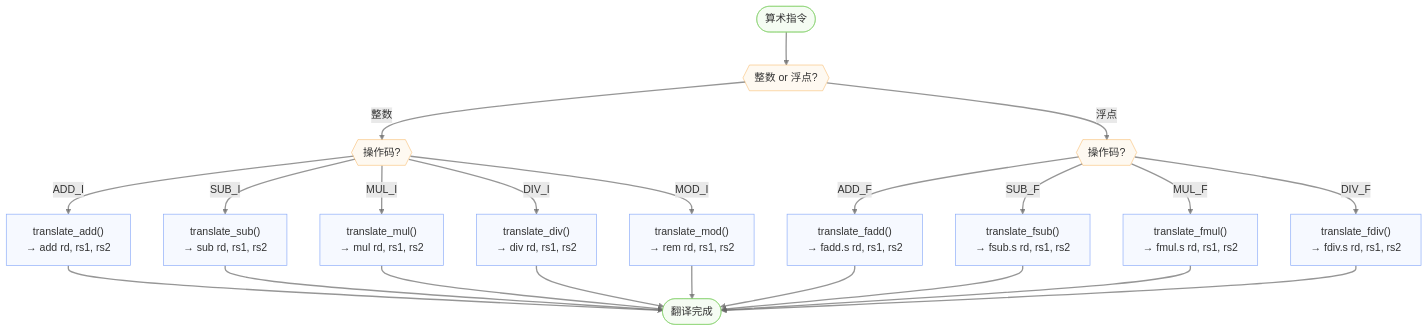
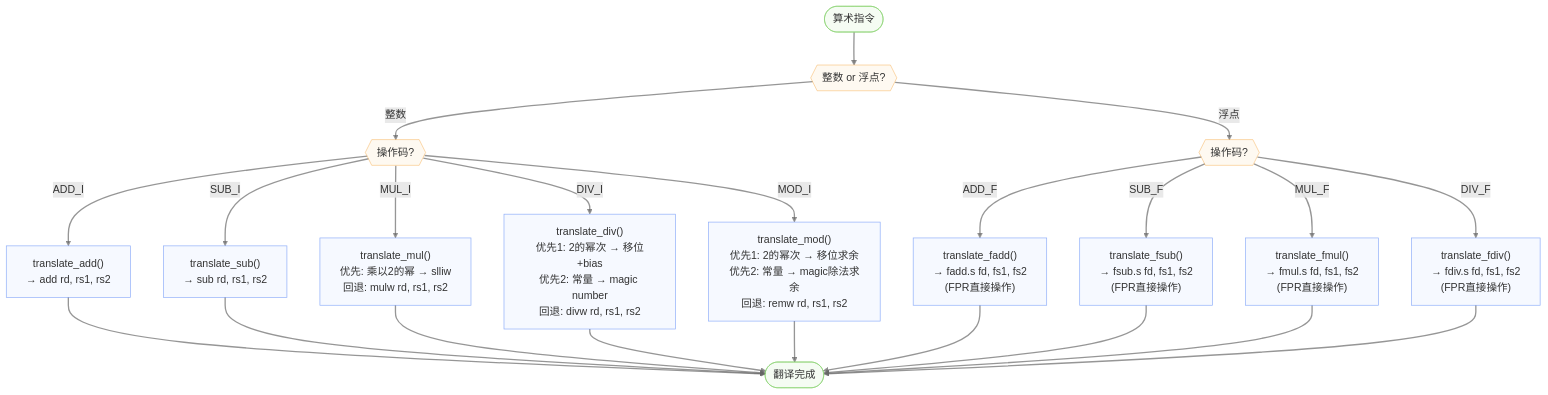
Before and after one commit to LLLLLLLLazy/compiler-lite: the fourth of 10 diagrams in docs/backend-instselect.md, drawn with Mermaid. The commit also changed other lines of this file and 19 other files, not shown here.

````diff
--- a/docs/backend-instselect.md
+++ b/docs/backend-instselect.md
@@ -97,32 +97,32 @@
 ```mermaid
 flowchart TD
     Start(["算术指令"]) --> OpCheck{{"整数 or 浮点?"}}
     OpCheck -- "整数" --> IntCheck{{"操作码?"}}
     OpCheck -- "浮点" --> FloatCheck{{"操作码?"}}
 
     IntCheck -- "ADD_I" --> T_add["translate_add()<br>→ add rd, rs1, rs2"]
     IntCheck -- "SUB_I" --> T_sub["translate_sub()<br>→ sub rd, rs1, rs2"]
-    IntCheck -- "MUL_I" --> T_mul["translate_mul()<br>→ mul rd, rs1, rs2"]
-    IntCheck -- "DIV_I" --> T_div["translate_div()<br>→ div rd, rs1, rs2"]
-    IntCheck -- "MOD_I" --> T_mod["translate_mod()<br>→ rem rd, rs1, rs2"]
+    IntCheck -- "MUL_I" --> T_mul["translate_mul()<br>优先: 乘以2的幂 → slliw<br>回退: mulw rd, rs1, rs2"]
+    IntCheck -- "DIV_I" --> T_div["translate_div()<br>优先1: 2的幂次 → 移位+bias<br>优先2: 常量 → magic number<br>回退: divw rd, rs1, rs2"]
+    IntCheck -- "MOD_I" --> T_mod["translate_mod()<br>优先1: 2的幂次 → 移位求余<br>优先2: 常量 → magic除法求余<br>回退: remw rd, rs1, rs2"]
 
-    FloatCheck -- "ADD_F" --> T_fadd["translate_fadd()<br>→ fadd.s rd, rs1, rs2"]
-    FloatCheck -- "SUB_F" --> T_fsub["translate_fsub()<br>→ fsub.s rd, rs1, rs2"]
-    FloatCheck -- "MUL_F" --> T_fmul["translate_fmul()<br>→ fmul.s rd, rs1, rs2"]
-    FloatCheck -- "DIV_F" --> T_fdiv["translate_fdiv()<br>→ fdiv.s rd, rs1, rs2"]
+    FloatCheck -- "ADD_F" --> T_fadd["translate_fadd()<br>→ fadd.s fd, fs1, fs2<br>(FPR直接操作)"]
+    FloatCheck -- "SUB_F" --> T_fsub["translate_fsub()<br>→ fsub.s fd, fs1, fs2<br>(FPR直接操作)"]
+    FloatCheck -- "MUL_F" --> T_fmul["translate_fmul()<br>→ fmul.s fd, fs1, fs2<br>(FPR直接操作)"]
+    FloatCheck -- "DIV_F" --> T_fdiv["translate_fdiv()<br>→ fdiv.s fd, fs1, fs2<br>(FPR直接操作)"]
 
     T_add & T_sub & T_mul & T_div & T_mod --> End
     T_fadd & T_fsub & T_fmul & T_fdiv --> End(["翻译完成"])
 
     %%Node styles
     classDef default fill:#E2EAFE4F,stroke:#5A88F6AF
     classDef endNode fill:#DDF4D84F,stroke:#7DCF62AF
     classDef decisionNode fill:#FCEBD34f,stroke:#F6AA4BAF
 
     %%Link styles
     linkStyle default stroke:#666666AF,stroke-width:2px
 
     %%Node classes
     class Start,End endNode
     class OpCheck,IntCheck,FloatCheck decisionNode
 ```
````
